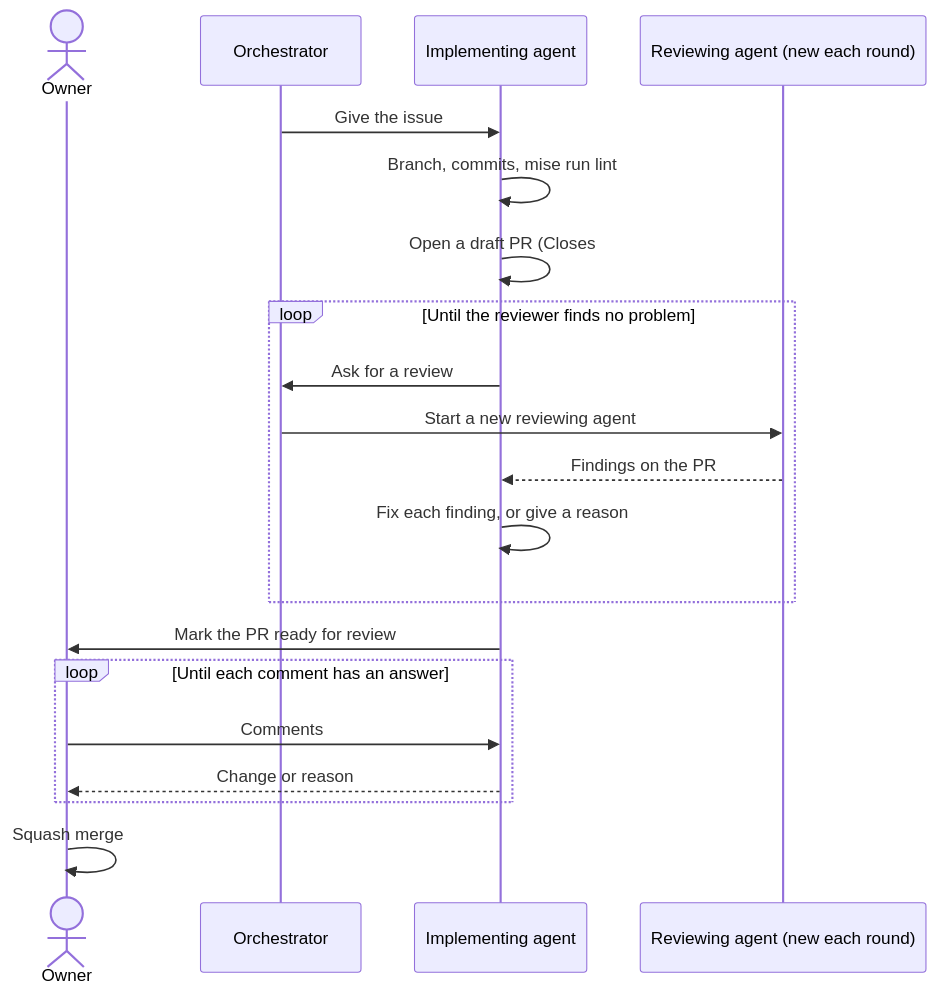
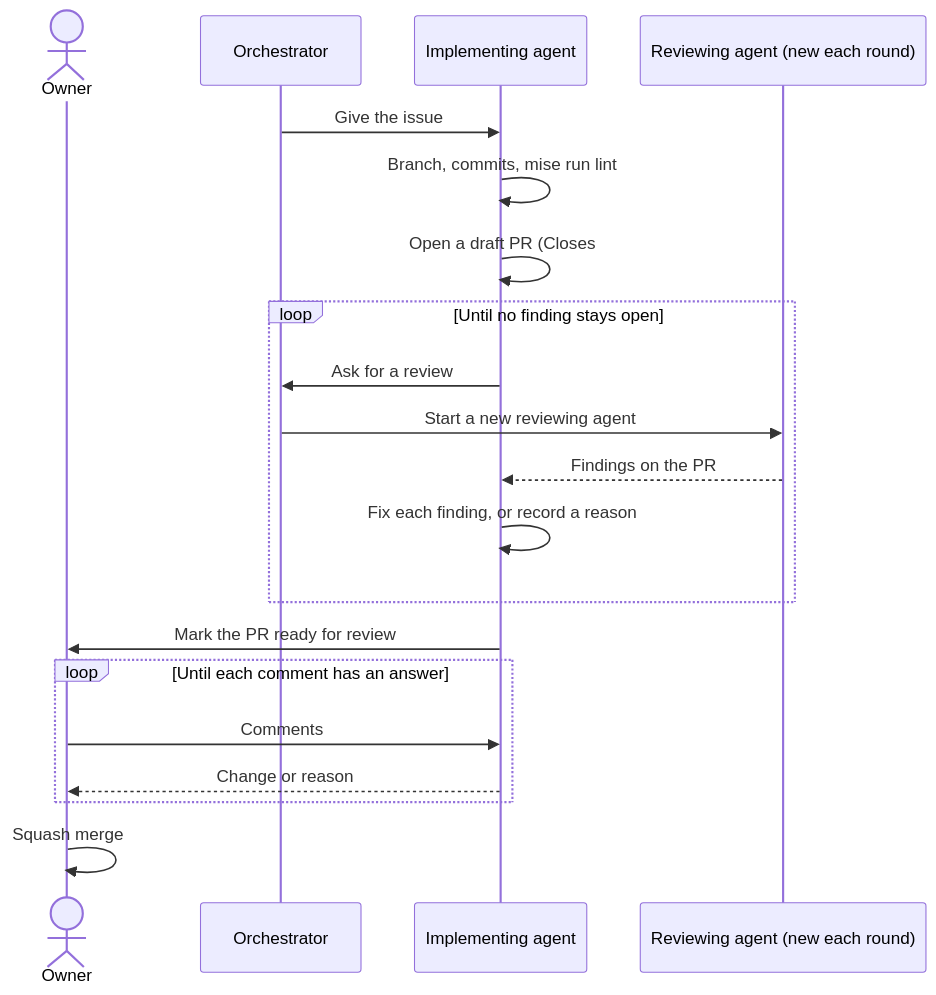
The fourth of 7 diagrams in docs/records/rfcs/0002-how-we-work.md (gsuquet/homelab), drawn with Mermaid before and after one commit. The commit also changed other lines of this file, not shown here.

````diff
--- a/docs/records/rfcs/0002-how-we-work.md
+++ b/docs/records/rfcs/0002-how-we-work.md
@@ -164,22 +179,22 @@
 ```mermaid
 sequenceDiagram
     actor Owner
     participant Orch as Orchestrator
     participant Impl as Implementing agent
     participant Rev as Reviewing agent (new each round)
     Orch->>Impl: Give the issue
     Impl->>Impl: Branch, commits, mise run lint
     Impl->>Impl: Open a draft PR (Closes #N)
-    loop Until the reviewer finds no problem
+    loop Until no finding stays open
         Impl->>Orch: Ask for a review
         Orch->>Rev: Start a new reviewing agent
         Rev-->>Impl: Findings on the PR
-        Impl->>Impl: Fix each finding, or give a reason
+        Impl->>Impl: Fix each finding, or record a reason
     end
     Impl->>Owner: Mark the PR ready for review
     loop Until each comment has an answer
         Owner->>Impl: Comments
         Impl-->>Owner: Change or reason
     end
     Owner->>Owner: Squash merge
 ```
````
